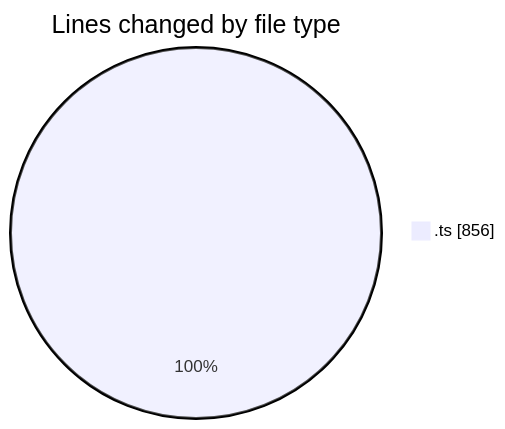
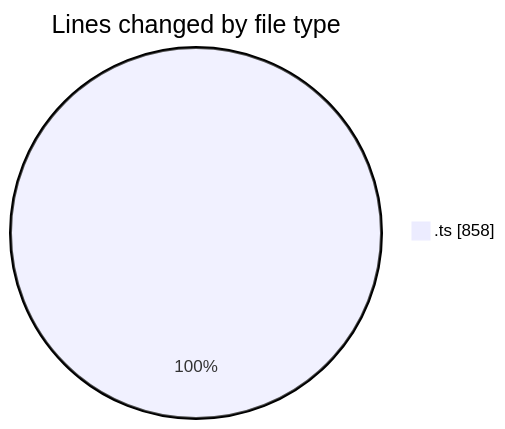
One commit to tmsrecording-cyber/code-tracking changed the first of 2 diagrams in 2026-02-09/singularitybrainai/README.md. Above: the diagram before and after it, drawn with Mermaid. The commit also changed other lines of this file and 1 other file, not shown here.

````diff
--- a/2026-02-09/singularitybrainai/README.md
+++ b/2026-02-09/singularitybrainai/README.md
@@ -24,5 +24,5 @@
 ```mermaid
 pie showData
 title Lines changed by file type
-".ts" : 856
+".ts" : 858
 ```
````
